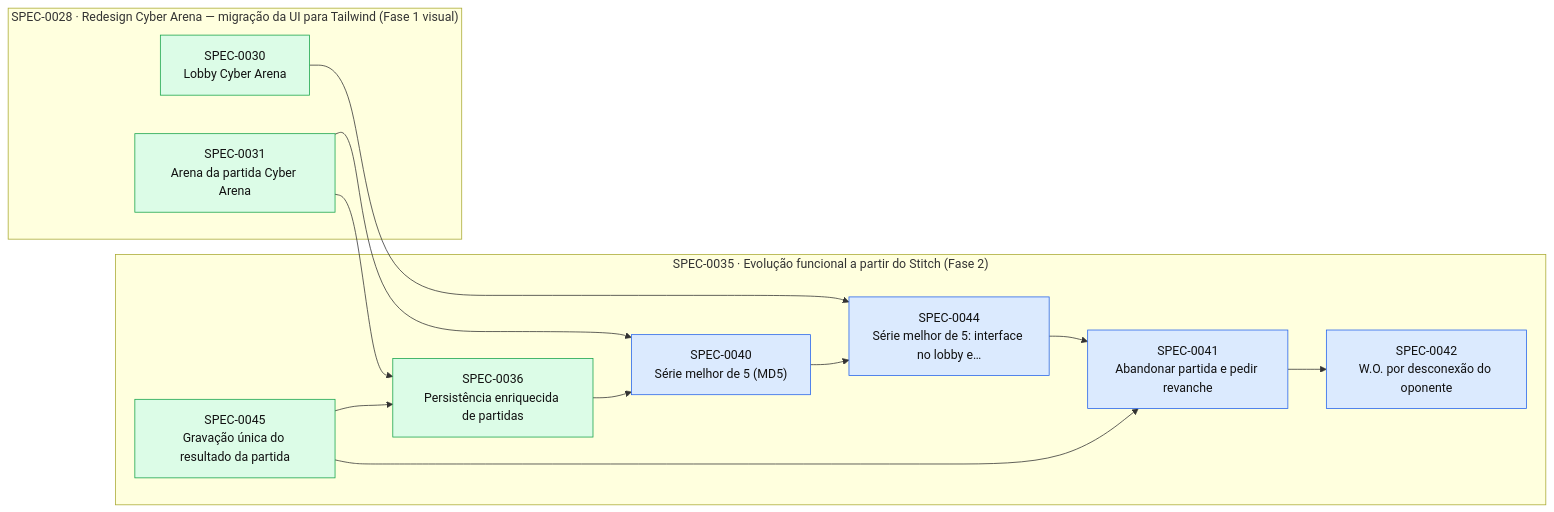
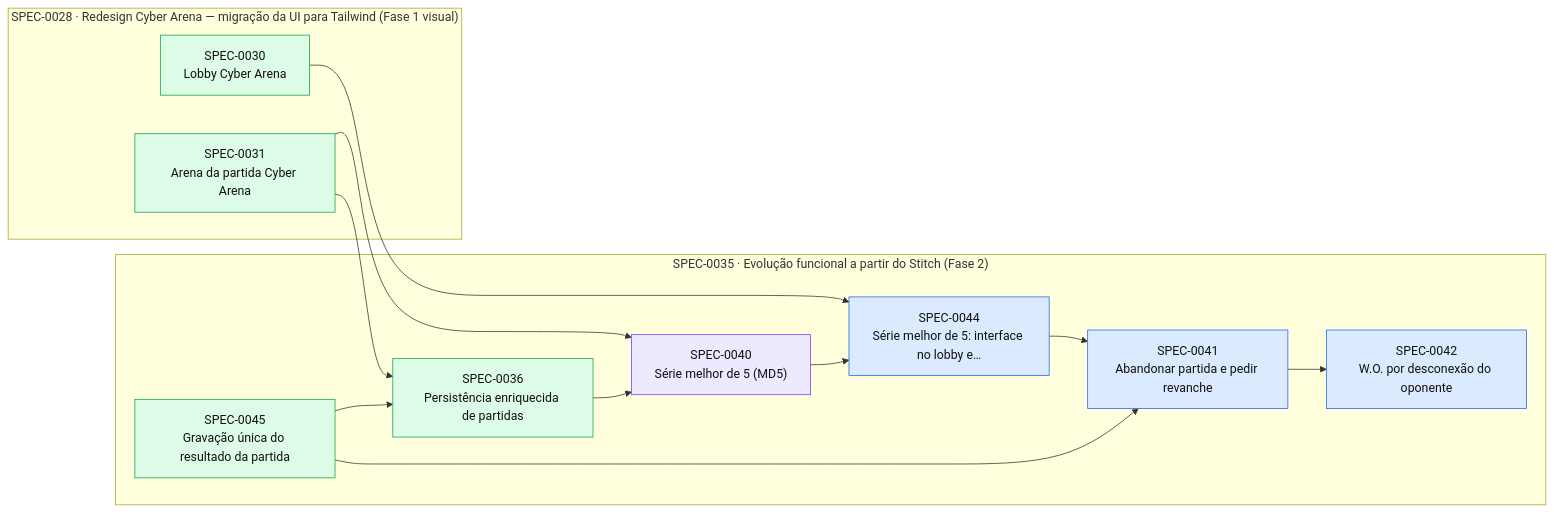
Before and after one commit to thomasravache/jogo-da-velha-multiplayer: the diagram in docs/specs/INDEX.md, drawn with Mermaid. The commit also changed other lines of this file and 1 other file, not shown here.

First line of the commit message:
docs(specs): registrar gates G1-G4 da SPEC-0040

````diff
--- a/docs/specs/INDEX.md
+++ b/docs/specs/INDEX.md
@@ -39,29 +39,29 @@
 ```mermaid
 flowchart LR
   subgraph E0028["SPEC-0028 · Redesign Cyber Arena — migração da UI para Tailwind (Fase 1 visual)"]
     S0030["SPEC-0030<br/>Lobby Cyber Arena"]:::implemented
     S0031["SPEC-0031<br/>Arena da partida Cyber Arena"]:::implemented
   end
   subgraph E0035["SPEC-0035 · Evolução funcional a partir do Stitch (Fase 2)"]
     S0036["SPEC-0036<br/>Persistência enriquecida de partidas"]:::implemented
-    S0040["SPEC-0040<br/>Série melhor de 5 (MD5)"]:::approved
+    S0040["SPEC-0040<br/>Série melhor de 5 (MD5)"]:::inprogress
     S0041["SPEC-0041<br/>Abandonar partida e pedir revanche"]:::approved
     S0042["SPEC-0042<br/>W.O. por desconexão do oponente"]:::approved
     S0044["SPEC-0044<br/>Série melhor de 5: interface no lobby e…"]:::approved
     S0045["SPEC-0045<br/>Gravação única do resultado da partida"]:::implemented
   end
   S0031 --> S0036
   S0045 --> S0036
   S0031 --> S0040
   S0036 --> S0040
   S0044 --> S0041
   S0045 --> S0041
   S0041 --> S0042
   S0030 --> S0044
   S0040 --> S0044
   classDef proposed fill:#fef3c7,stroke:#d97706,color:#111
   classDef approved fill:#dbeafe,stroke:#2563eb,color:#111
   classDef inprogress fill:#ede9fe,stroke:#7c3aed,color:#111
   classDef implemented fill:#dcfce7,stroke:#16a34a,color:#111
   classDef deprecated fill:#f3f4f6,stroke:#9ca3af,color:#6b7280
 ```
````
